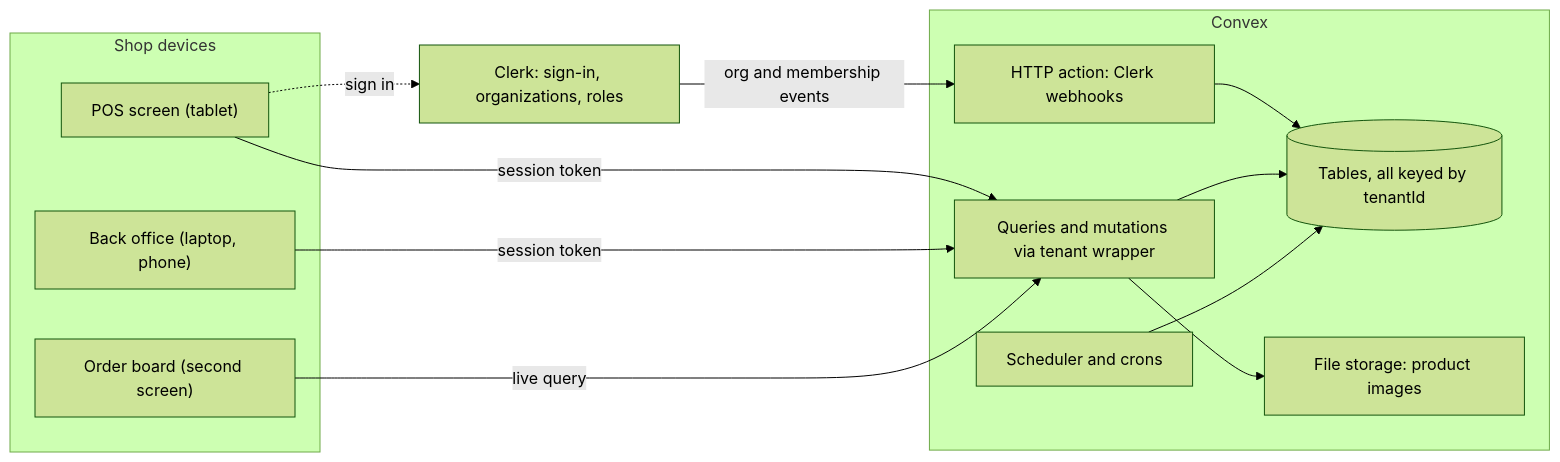
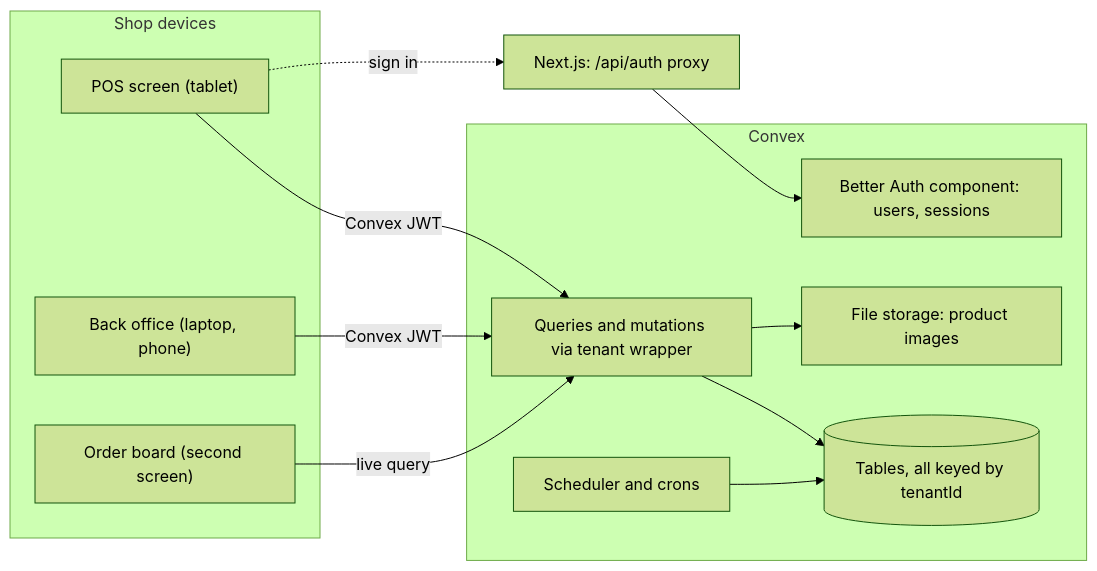
One commit to Anthony-333/payspace changed the first of 2 diagrams in docs/mvp-plan.md. Above: the diagram before and after it, drawn with Mermaid (forest theme). The commit also changed other lines of this file and 3 other files, not shown here.

First line of the commit message:
Replace Clerk with Better Auth in the docs

````diff
--- a/docs/mvp-plan.md
+++ b/docs/mvp-plan.md
@@ -37,25 +37,24 @@
 ```mermaid
 flowchart LR
   subgraph Devices["Shop devices"]
     POS["POS screen (tablet)"]
     BO["Back office (laptop, phone)"]
     BOARD["Order board (second screen)"]
   end
-  CLERK["Clerk: sign-in, organizations, roles"]
+  NEXT["Next.js: /api/auth proxy"]
   subgraph CVX["Convex"]
     FN["Queries and mutations via tenant wrapper"]
-    HTTP["HTTP action: Clerk webhooks"]
+    AUTH["Better Auth component: users, sessions"]
     DB[("Tables, all keyed by tenantId")]
     FILES["File storage: product images"]
     JOBS["Scheduler and crons"]
   end
-  POS -->|"session token"| FN
-  BO -->|"session token"| FN
+  POS -->|"Convex JWT"| FN
+  BO -->|"Convex JWT"| FN
   BOARD -->|"live query"| FN
-  POS -.->|"sign in"| CLERK
-  CLERK -->|"org and membership events"| HTTP
-  HTTP --> DB
+  POS -.->|"sign in"| NEXT
+  NEXT --> AUTH
   FN --> DB
   FN --> FILES
   JOBS --> DB
 ```
````
